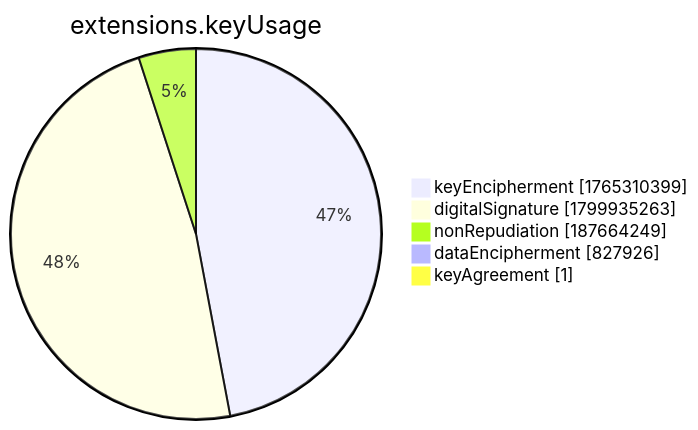
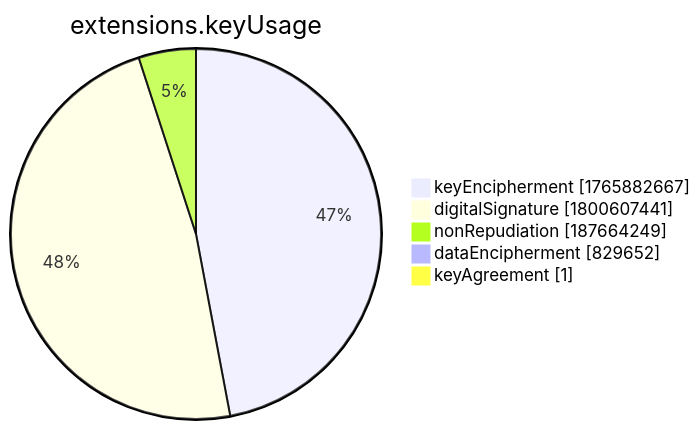
The seventh of 15 diagrams in xenon2022/README.md (christiankrug/ctmonitor_visualization), drawn with Mermaid before and after one commit. The commit also changed other lines of this file, not shown here.

````diff
--- a/xenon2022/README.md
+++ b/xenon2022/README.md
@@ -2859,9 +2859,9 @@
 ```mermaid
 pie showData
 title extensions.keyUsage
-"keyEncipherment" :1765310399
-"digitalSignature" :1799935263
+"keyEncipherment" :1765882667
+"digitalSignature" :1800607441
 "nonRepudiation" :187664249
-"dataEncipherment" :827926
+"dataEncipherment" :829652
 "keyAgreement" :1
 ```
````
